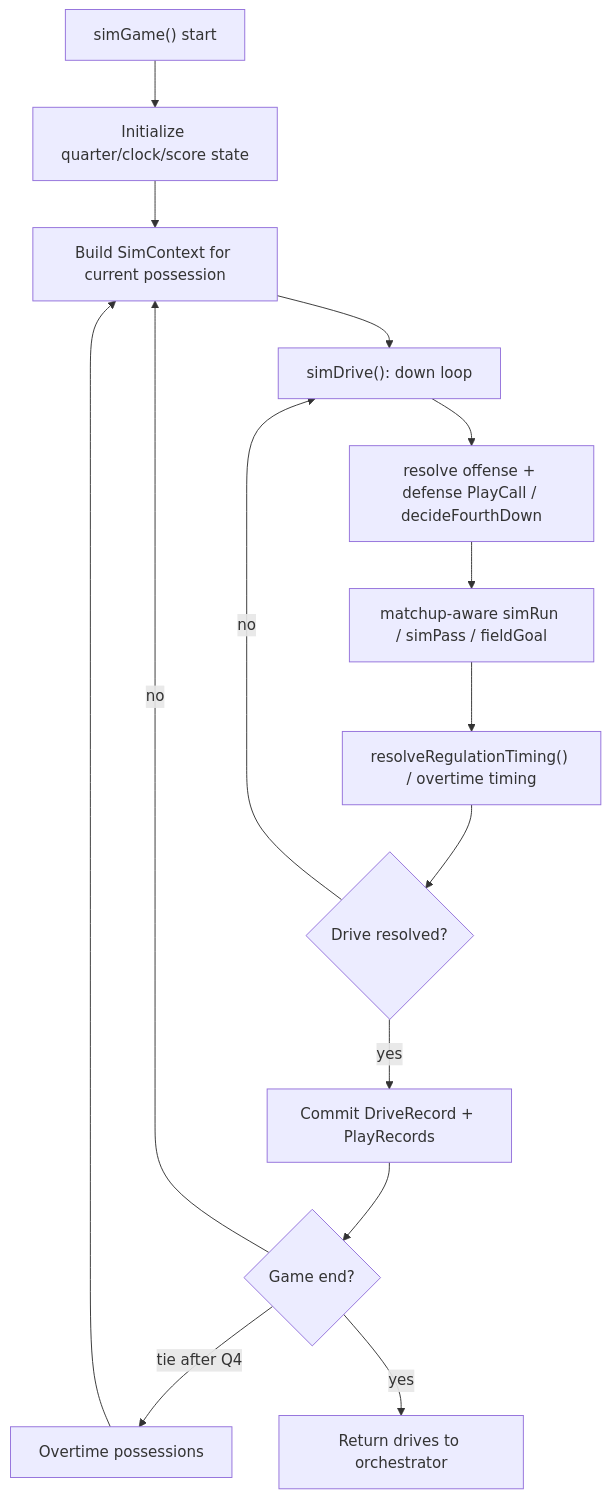
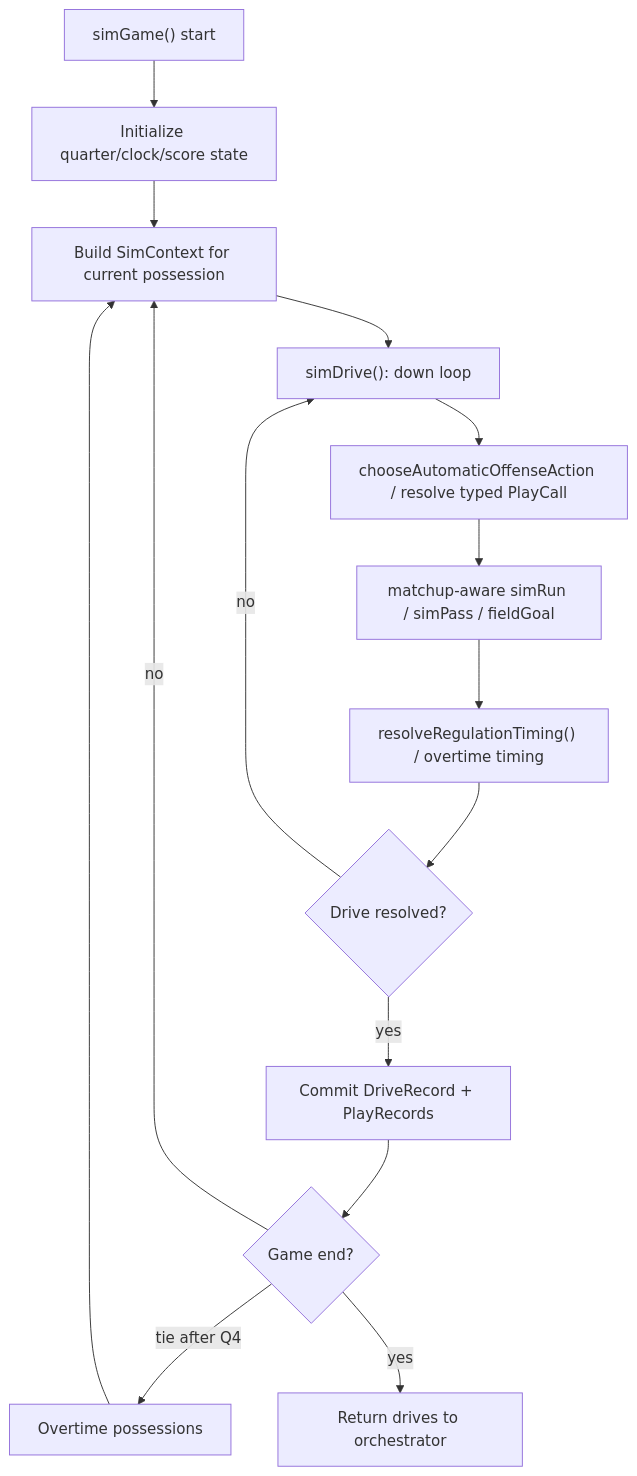
The first of 2 diagrams in docs/systems/simulation-engine.md (rdettling/cfbsim), drawn with Mermaid before and after one commit. The commit also changed other lines of this file and 126 other files, not shown here.

````diff
--- a/docs/systems/simulation-engine.md
+++ b/docs/systems/simulation-engine.md
@@ -68,17 +70,17 @@
 ```mermaid
 flowchart TD
   A["simGame() start"] --> B["Initialize quarter/clock/score state"]
   B --> C["Build SimContext for current possession"]
   C --> D["simDrive(): down loop"]
-  D --> E["resolve offense + defense PlayCall / decideFourthDown"]
+  D --> E["chooseAutomaticOffenseAction / resolve typed PlayCall"]
   E --> F["matchup-aware simRun / simPass / fieldGoal"]
   F --> G["resolveRegulationTiming() / overtime timing"]
   G --> H{"Drive resolved?"}
   H -- no --> D
   H -- yes --> I["Commit DriveRecord + PlayRecords"]
   I --> J{"Game end?"}
   J -- no --> C
   J -- tie after Q4 --> K["Overtime possessions"]
   K --> C
   J -- yes --> L["Return drives to orchestrator"]
 ```
````
